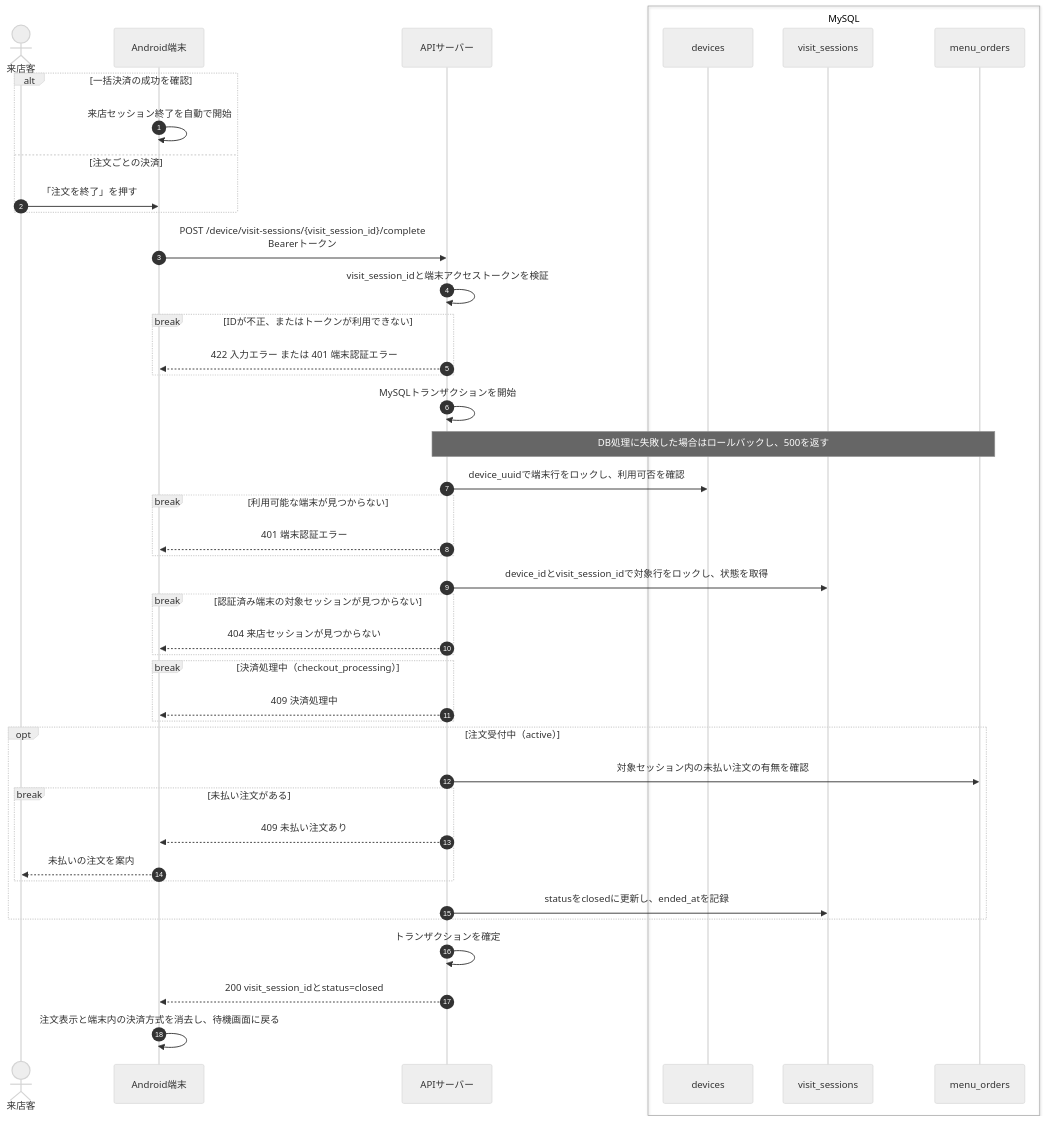
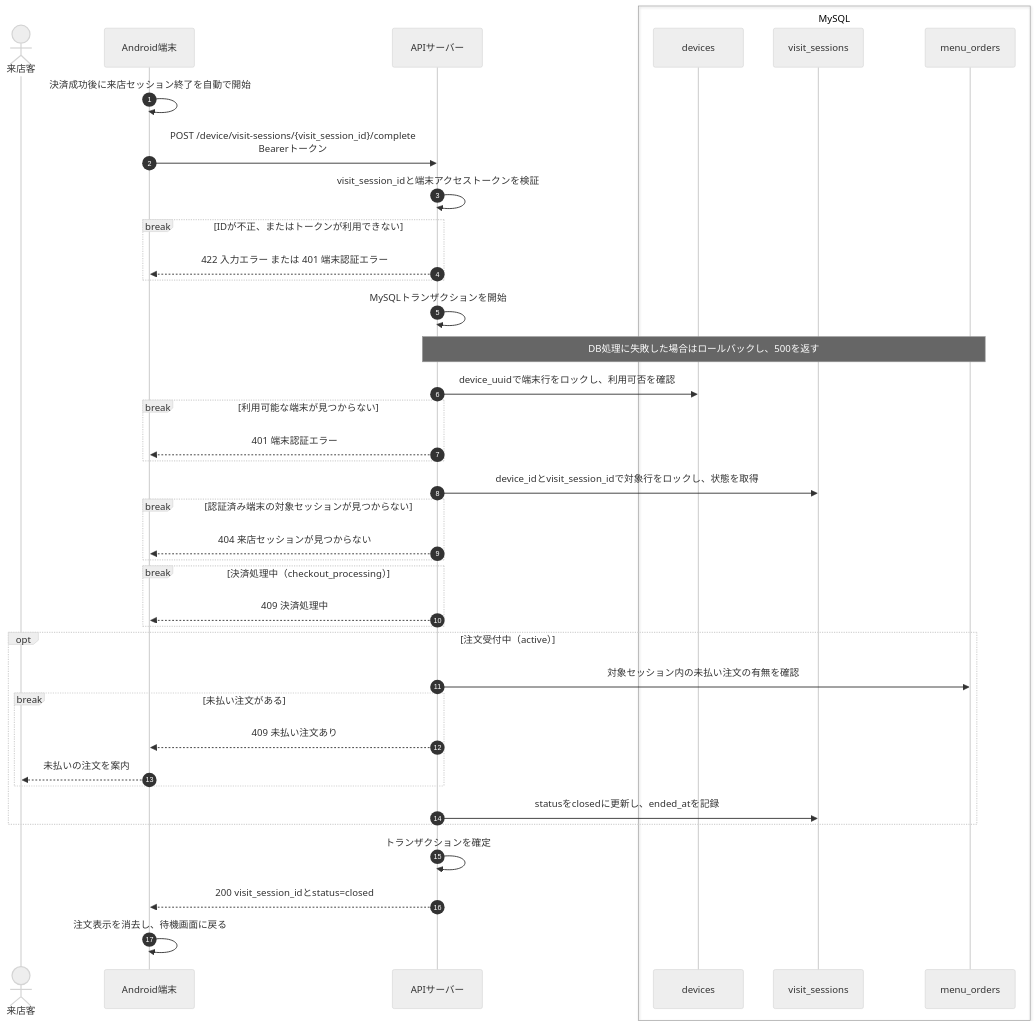
Before and after one commit to terao06/teraid-pay-api: the diagram in docs/sequences/デバイス用API/来店セッション終了.md, drawn with Mermaid (neutral theme). The commit also changed other lines of this file and 34 other files, not shown here.

````diff
--- a/docs/sequences/デバイス用API/来店セッション終了.md
+++ b/docs/sequences/デバイス用API/来店セッション終了.md
@@ -45,50 +45,46 @@
 ```mermaid
 sequenceDiagram
     autonumber
     actor Guest as 来店客
     participant Client as Android端末
     participant Server as APIサーバー
 
     box MySQL
         participant Devices as devices
         participant Visits as visit_sessions
         participant Orders as menu_orders
     end
 
-    alt 一括決済の成功を確認
-        Client->>Client: 来店セッション終了を自動で開始
-    else 注文ごとの決済
-        Guest->>Client: 「注文を終了」を押す
-    end
+    Client->>Client: 決済成功後に来店セッション終了を自動で開始
     Client->>Server: POST /device/visit-sessions/{visit_session_id}/complete<br/>Bearerトークン
     Server->>Server: visit_session_idと端末アクセストークンを検証
     break IDが不正、またはトークンが利用できない
         Server-->>Client: 422 入力エラー または 401 端末認証エラー
     end
 
     Server->>Server: MySQLトランザクションを開始
     Note over Server,Orders: DB処理に失敗した場合はロールバックし、500を返す
     Server->>Devices: device_uuidで端末行をロックし、利用可否を確認
     break 利用可能な端末が見つからない
         Server-->>Client: 401 端末認証エラー
     end
     Server->>Visits: device_idとvisit_session_idで対象行をロックし、状態を取得
     break 認証済み端末の対象セッションが見つからない
         Server-->>Client: 404 来店セッションが見つからない
     end
     break 決済処理中（checkout_processing）
         Server-->>Client: 409 決済処理中
     end
 
     opt 注文受付中（active）
         Server->>Orders: 対象セッション内の未払い注文の有無を確認
         break 未払い注文がある
             Server-->>Client: 409 未払い注文あり
             Client-->>Guest: 未払いの注文を案内
         end
         Server->>Visits: statusをclosedに更新し、ended_atを記録
     end
     Server->>Server: トランザクションを確定
     Server-->>Client: 200 visit_session_idとstatus=closed
-    Client->>Client: 注文表示と端末内の決済方式を消去し、待機画面に戻る
+    Client->>Client: 注文表示を消去し、待機画面に戻る
 ```
````
